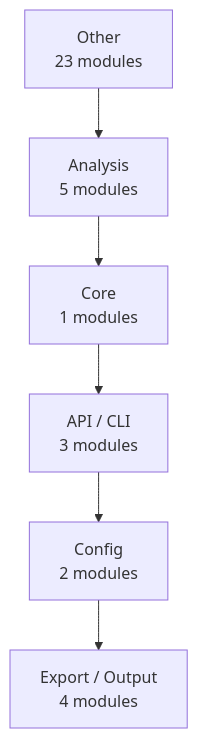
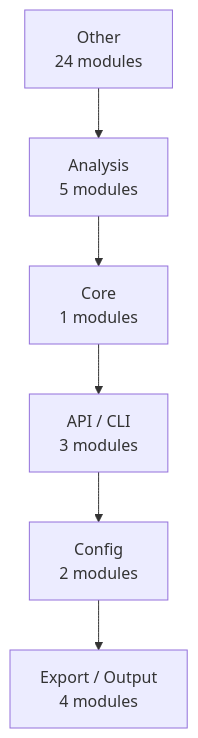
The first of 3 diagrams in docs/architecture.md (wronai/code2docs), drawn with Mermaid before and after one commit. The commit also changed other lines of this file and 41 other files, not shown here.

````diff
--- a/docs/architecture.md
+++ b/docs/architecture.md
@@ -39,14 +39,14 @@
 ```mermaid
 graph TD
-    Other["Other<br/>23 modules"]
+    Other["Other<br/>24 modules"]
     Analysis["Analysis<br/>5 modules"]
     Core["Core<br/>1 modules"]
     API___CLI["API / CLI<br/>3 modules"]
     Config["Config<br/>2 modules"]
     Export___Output["Export / Output<br/>4 modules"]
     Other --> Analysis
     Analysis --> Core
     Core --> API___CLI
     API___CLI --> Config
     Config --> Export___Output
 ```
````
